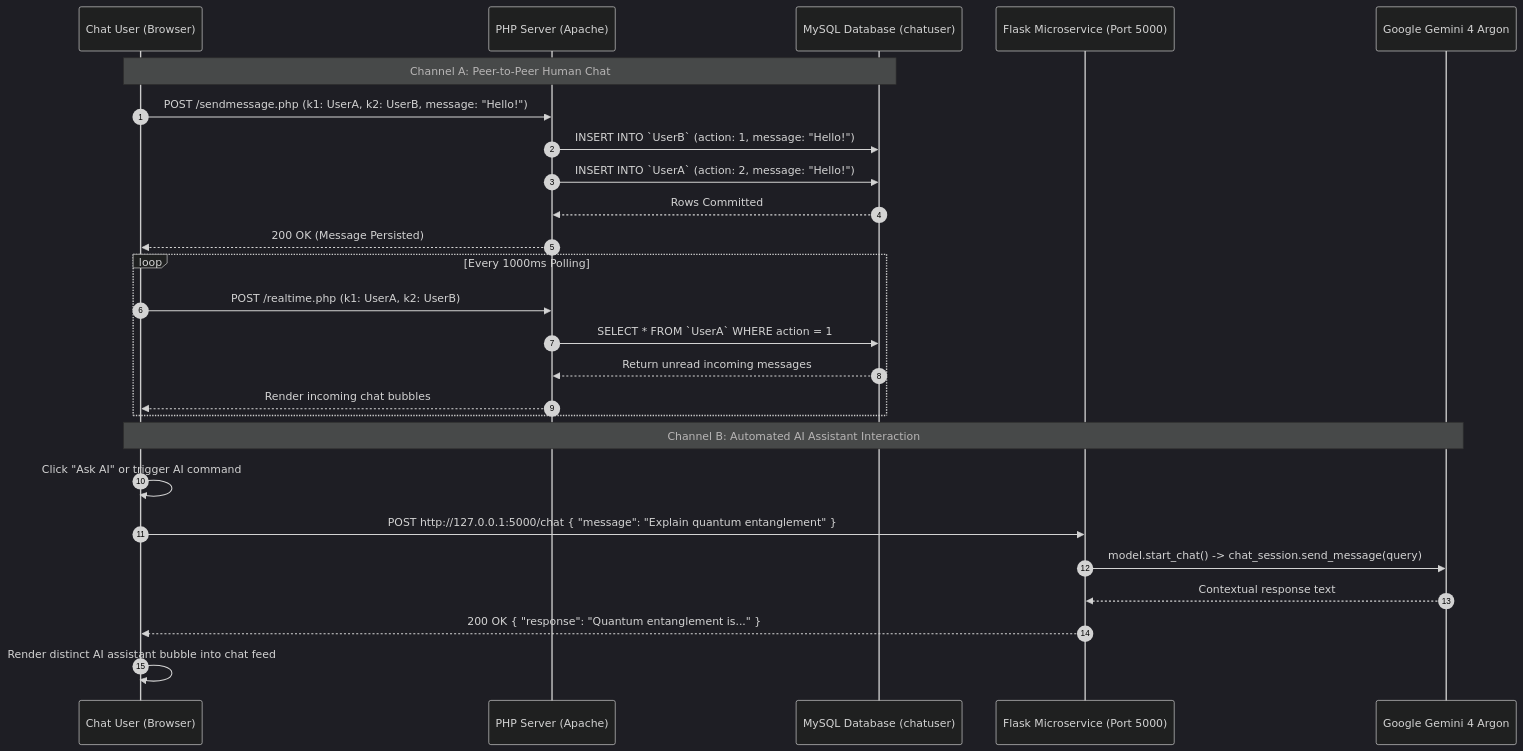
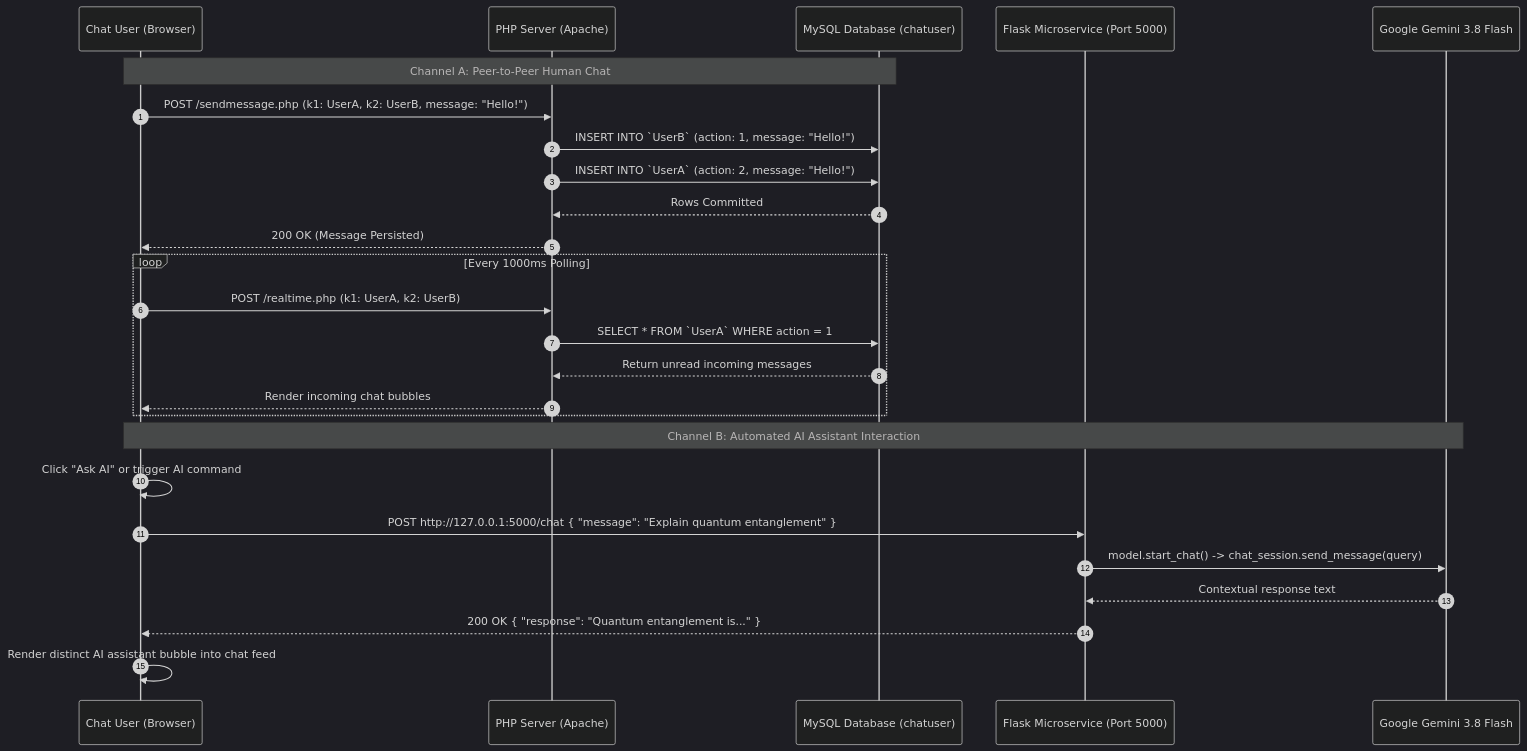
Before and after one commit to dhrub4545/Web-Based-Real-Time-AI-Chat-Application: the second of 2 diagrams in README.md, drawn with Mermaid (dark theme). The commit also changed other lines of this file and 1 other file, not shown here.

Commit message:
feat(ai): standardize across all repos on Google Gemini 3.8 Flash

````diff
--- a/README.md
+++ b/README.md
@@ -103,31 +103,31 @@
 ```mermaid
 sequenceDiagram
     autonumber
     participant User as Chat User (Browser)
     participant PHP as PHP Server (Apache)
     participant MySQL as MySQL Database (chatuser)
     participant Flask as Flask Microservice (Port 5000)
-    participant Gemini as Google Gemini 4 Argon
+    participant Gemini as Google Gemini 3.8 Flash
 
     Note over User,MySQL: Channel A: Peer-to-Peer Human Chat
     User->>PHP: POST /sendmessage.php (k1: UserA, k2: UserB, message: "Hello!")
     PHP->>MySQL: INSERT INTO `UserB` (action: 1, message: "Hello!")
     PHP->>MySQL: INSERT INTO `UserA` (action: 2, message: "Hello!")
     MySQL-->>PHP: Rows Committed
     PHP-->>User: 200 OK (Message Persisted)
 
     loop Every 1000ms Polling
         User->>PHP: POST /realtime.php (k1: UserA, k2: UserB)
         PHP->>MySQL: SELECT * FROM `UserA` WHERE action = 1
         MySQL-->>PHP: Return unread incoming messages
         PHP-->>User: Render incoming chat bubbles
     end
 
     Note over User,Gemini: Channel B: Automated AI Assistant Interaction
     User->>User: Click "Ask AI" or trigger AI command
     User->>Flask: POST http://127.0.0.1:5000/chat { "message": "Explain quantum entanglement" }
     Flask->>Gemini: model.start_chat() -> chat_session.send_message(query)
     Gemini-->>Flask: Contextual response text
     Flask-->>User: 200 OK { "response": "Quantum entanglement is..." }
     User->>User: Render distinct AI assistant bubble into chat feed
 ```
````
